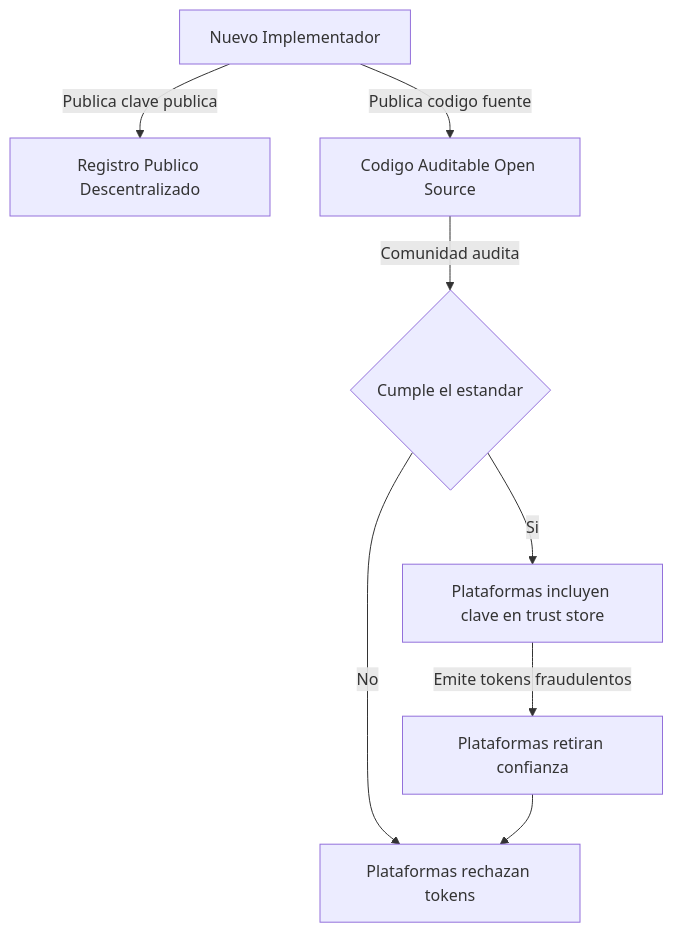
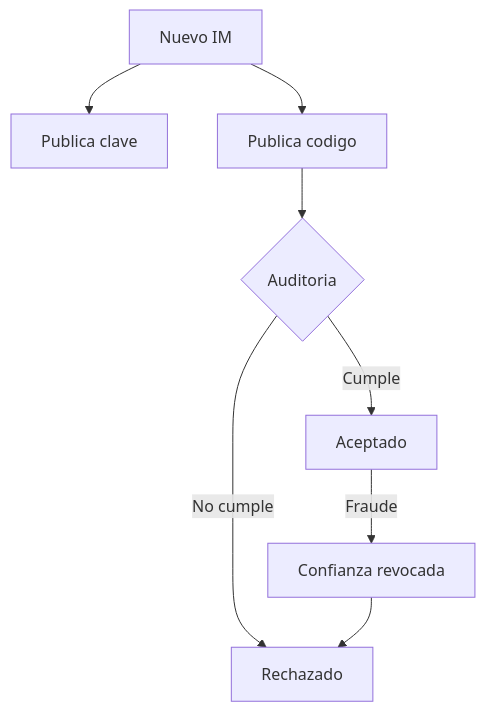
One commit to jorgej-ramos/AAVP changed the eighth of 13 diagrams in README.md. Above: the diagram before and after it, drawn with Mermaid. The commit also changed other lines of this file, not shown here.

First line of the commit message:
Refactor README structure and update diagrams

````diff
--- a/README.md
+++ b/README.md
@@ -341,12 +285,10 @@
 ```mermaid
 flowchart TD
-    IM[Nuevo Implementador] -->|Publica clave publica| REG[Registro Publico Descentralizado]
-    IM -->|Publica codigo fuente| GH[Codigo Auditable Open Source]
-
-    GH -->|Comunidad audita| AUDIT{Cumple el estandar}
-    AUDIT -->|Si| TRUST[Plataformas incluyen clave en trust store]
-    AUDIT -->|No| REJECT[Plataformas rechazan tokens]
-
-    TRUST -->|Emite tokens fraudulentos| REVOKE[Plataformas retiran confianza]
-    REVOKE --> REJECT
+    A[Nuevo IM] --> B[Publica clave]
+    A --> C[Publica codigo]
+    C --> D{Auditoria}
+    D -->|Cumple| E[Aceptado]
+    D -->|No cumple| F[Rechazado]
+    E -->|Fraude| G[Confianza revocada]
+    G --> F
 ```
````
